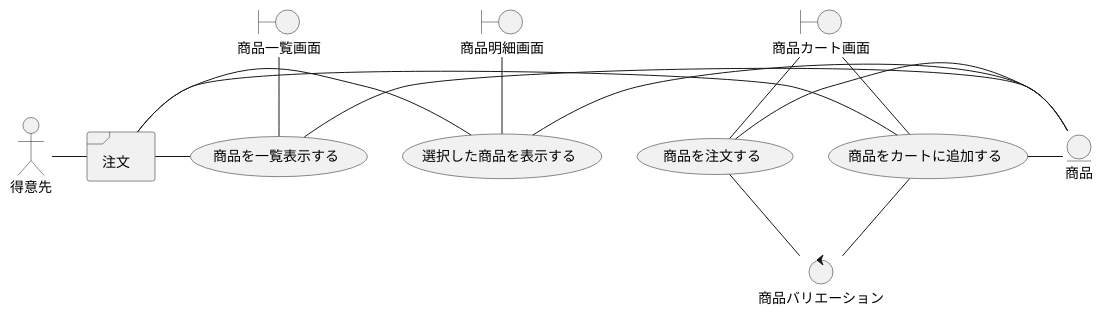
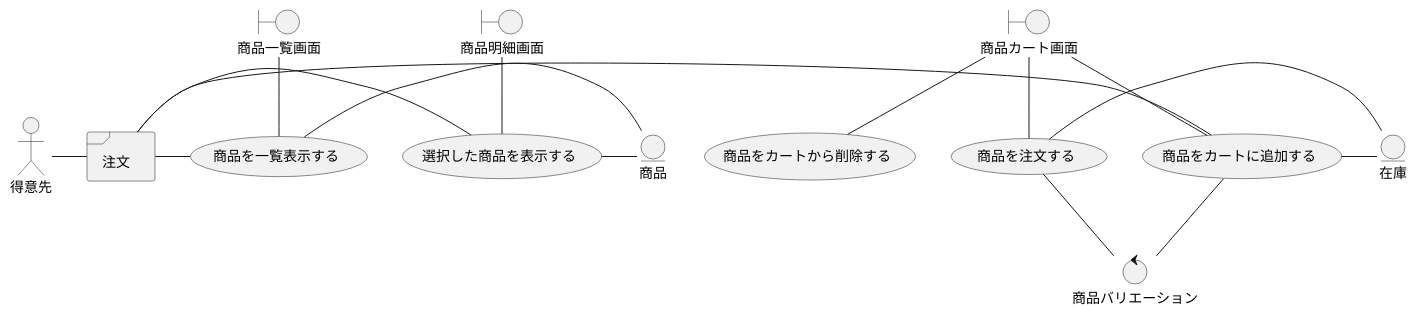
Diagram 23 of 39 in docs/index.adoc (k2works/application_programing_excercise_2022), drawn with PlantUML before and after one commit. The commit also changed other lines of this file, not shown here.

```diff
--- a/docs/index.adoc
+++ b/docs/index.adoc
@@ -753,30 +765,33 @@
 [plantuml]
 ----
 @startuml
 actor "得意先" as ac_01
 frame "注文" as f01
 usecase "商品を一覧表示する" as UC1
 usecase "選択した商品を表示する" as UC2
 usecase "商品をカートに追加する" as UC3
 usecase "商品を注文する" as UC4
+usecase "商品をカートから削除する" as UC5
 boundary "商品一覧画面" as b01
 boundary "商品明細画面" as b02
 boundary "商品カート画面" as b03
 entity "商品" as e01
+entity "在庫" as e02
 control "商品バリエーション" as c01
 
 ac_01 - f01
 f01 - UC1
 f01 - UC2
 f01 - UC3
 b01 -- UC1
 b02 -- UC2
 b03 -- UC3
 b03 -- UC4
+b03 -- UC5
 UC1 - e01
 UC2 - e01
-UC3 - e01
-UC4 - e01
+UC3 - e02
+UC4 - e02
 UC3 -- c01
 UC4 -- c01
 ----
```
